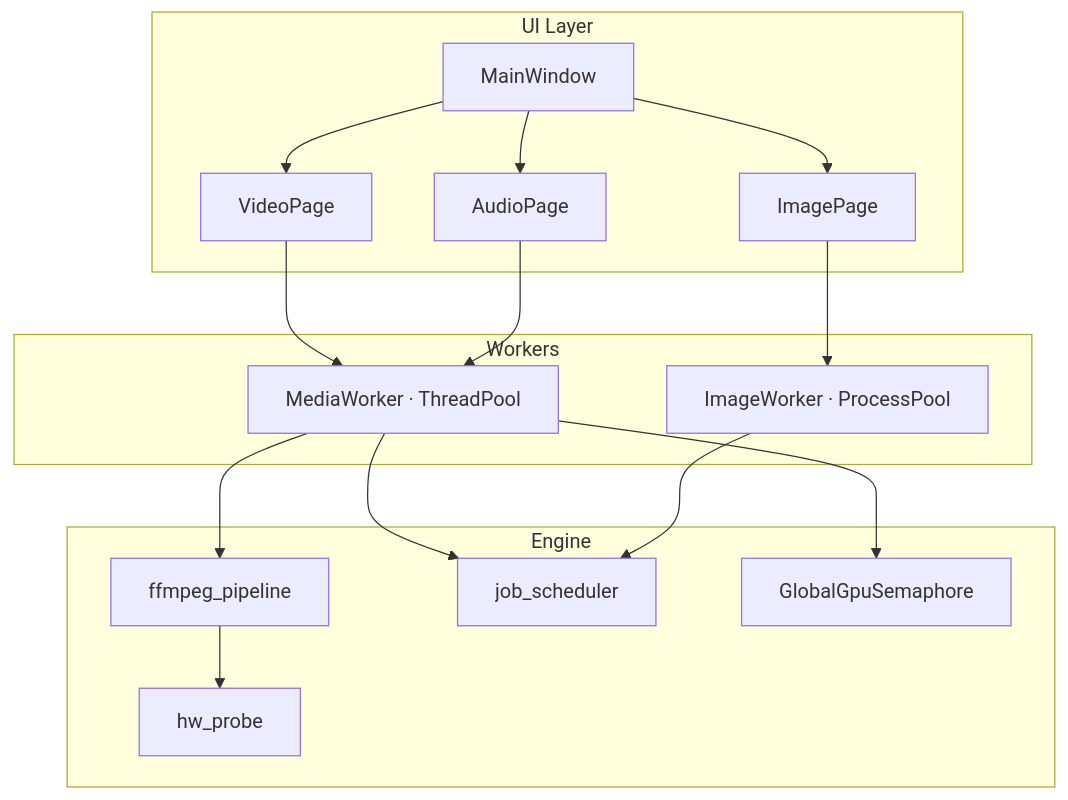
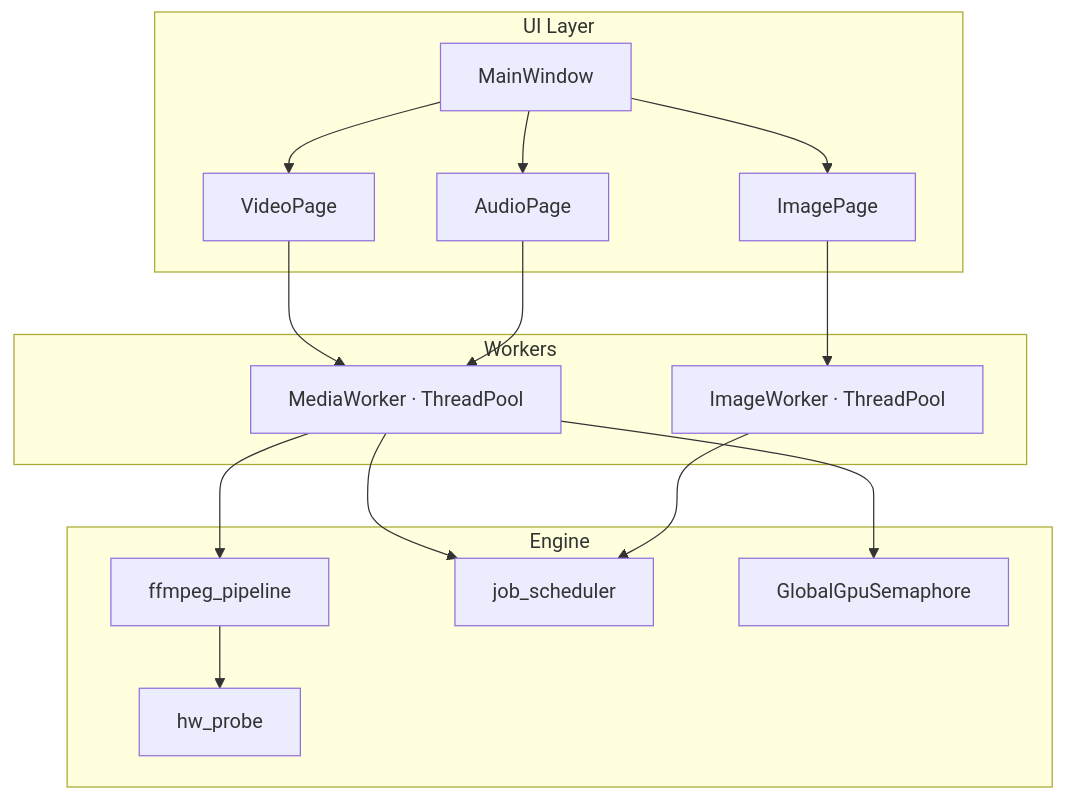
The diagram in README.md (Ali-Rashidi-80/MediaConverterPro), drawn with Mermaid before and after one commit. The commit also changed 30 other files, not shown here.

````diff
--- a/README.md
+++ b/README.md
@@ -111,28 +111,28 @@
 ```mermaid
 flowchart TB
     subgraph UI["UI Layer"]
         MW[MainWindow]
         P1[ImagePage]
         P2[VideoPage]
         P3[AudioPage]
     end
 
     subgraph Workers["Workers"]
-        IW[ImageWorker · ProcessPool]
+        IW[ImageWorker · ThreadPool]
         MWk[MediaWorker · ThreadPool]
     end
 
     subgraph Engine["Engine"]
         FP[ffmpeg_pipeline]
         HP[hw_probe]
         JS[job_scheduler]
         SEM[GlobalGpuSemaphore]
     end
 
     MW --> P1 & P2 & P3
     P1 --> IW
     P2 & P3 --> MWk
     MWk --> FP & JS & SEM
     IW --> JS
     FP --> HP
 ```
````
